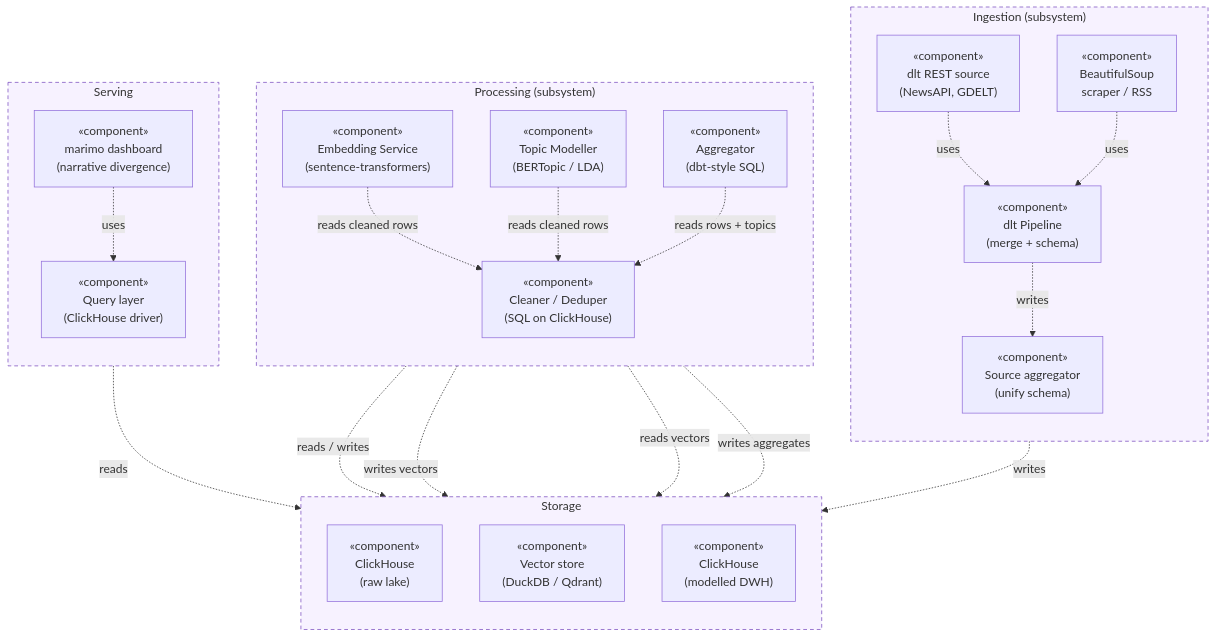
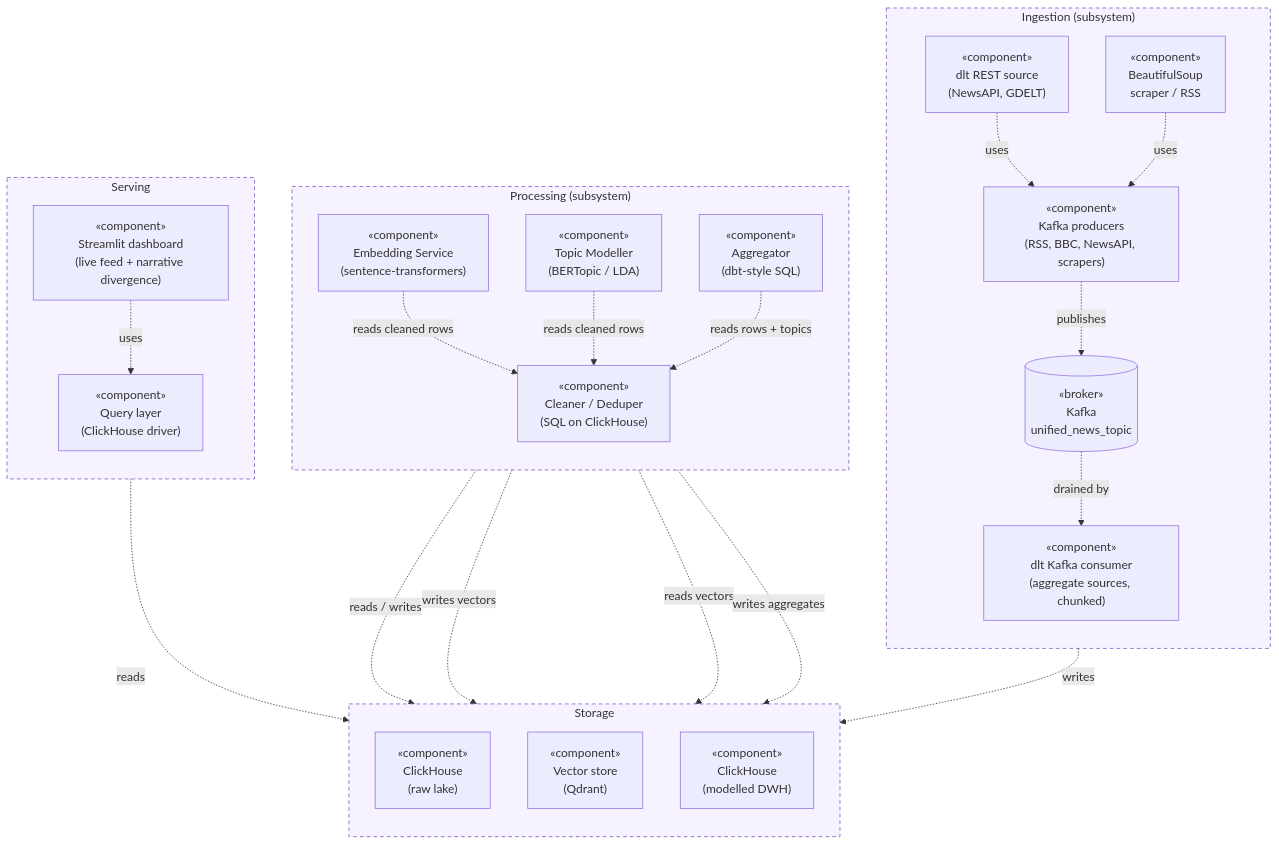
The second of 3 diagrams in docs/architecture/03-system-design-diagrams.md (njaltran/news-intelligence-platform), drawn with Mermaid before and after one commit. The commit also changed other lines of this file, not shown here.

First line of the commit message:
Restore Kafka arm and switch dashboards to Streamlit

````diff
--- a/docs/architecture/03-system-design-diagrams.md
+++ b/docs/architecture/03-system-design-diagrams.md
@@ -48,50 +50,52 @@
 ```mermaid
 flowchart TB
     subgraph ING ["Ingestion (subsystem)"]
         direction TB
         DLTSRC["«component»<br/>dlt REST source<br/>(NewsAPI, GDELT)"]
         BS4["«component»<br/>BeautifulSoup<br/>scraper / RSS"]
-        DLTPIPE["«component»<br/>dlt Pipeline<br/>(merge + schema)"]
-        SRCAGG["«component»<br/>Source aggregator<br/>(unify schema)"]
+        KPROD["«component»<br/>Kafka producers<br/>(RSS, BBC, NewsAPI, scrapers)"]
+        KBROKER[("«broker»<br/>Kafka<br/>unified_news_topic")]
+        KCONS["«component»<br/>dlt Kafka consumer<br/>(aggregate sources, chunked)"]
     end
 
     subgraph PROC ["Processing (subsystem)"]
         direction TB
         CLEAN["«component»<br/>Cleaner / Deduper<br/>(SQL on ClickHouse)"]
         EMB["«component»<br/>Embedding Service<br/>(sentence-transformers)"]
         TOPIC["«component»<br/>Topic Modeller<br/>(BERTopic / LDA)"]
         AGG["«component»<br/>Aggregator<br/>(dbt-style SQL)"]
     end
 
     subgraph STORE ["Storage"]
         direction TB
         CH_RAW["«component»<br/>ClickHouse<br/>(raw lake)"]
-        VEC["«component»<br/>Vector store<br/>(DuckDB / Qdrant)"]
+        VEC["«component»<br/>Vector store<br/>(Qdrant)"]
         CH["«component»<br/>ClickHouse<br/>(modelled DWH)"]
     end
 
     subgraph SERVE ["Serving"]
         direction TB
-        MARIMO["«component»<br/>marimo dashboard<br/>(narrative divergence)"]
+        STREAMLIT["«component»<br/>Streamlit dashboard<br/>(live feed + narrative divergence)"]
         QAPI["«component»<br/>Query layer<br/>(ClickHouse driver)"]
     end
 
-    DLTSRC -. "uses" .-> DLTPIPE
-    BS4    -. "uses" .-> DLTPIPE
-    DLTPIPE -. "writes" .-> SRCAGG
-    SRCAGG  -. "writes" .-> CH_RAW
+    DLTSRC -. "uses" .-> KPROD
+    BS4    -. "uses" .-> KPROD
+    KPROD  -. "publishes" .-> KBROKER
+    KBROKER -. "drained by" .-> KCONS
+    KCONS  -. "writes" .-> CH_RAW
 
     CLEAN -. "reads / writes" .-> CH_RAW
     EMB   -. "reads cleaned rows" .-> CLEAN
     EMB   -. "writes vectors" .-> VEC
     TOPIC -. "reads cleaned rows" .-> CLEAN
     AGG   -. "reads rows + topics" .-> CLEAN
     AGG   -. "reads vectors" .-> VEC
     AGG   -. "writes aggregates" .-> CH
 
-    MARIMO -. "uses" .-> QAPI
-    QAPI   -. "reads" .-> CH
+    STREAMLIT -. "uses" .-> QAPI
+    QAPI      -. "reads" .-> CH
 
     classDef sub fill:#f7f2ff,stroke:#7b4fbf,stroke-dasharray: 5 4;
     class ING,PROC,STORE,SERVE sub;
 ```
````
